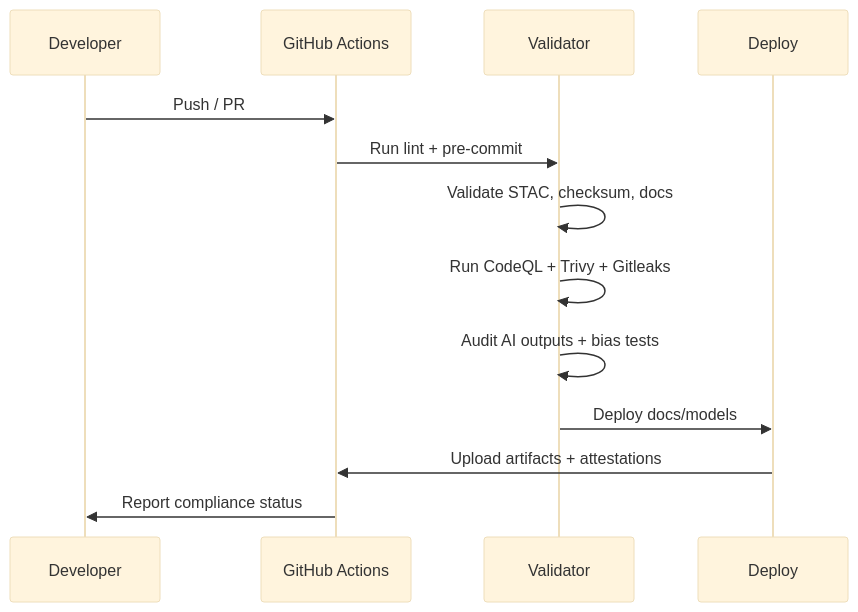
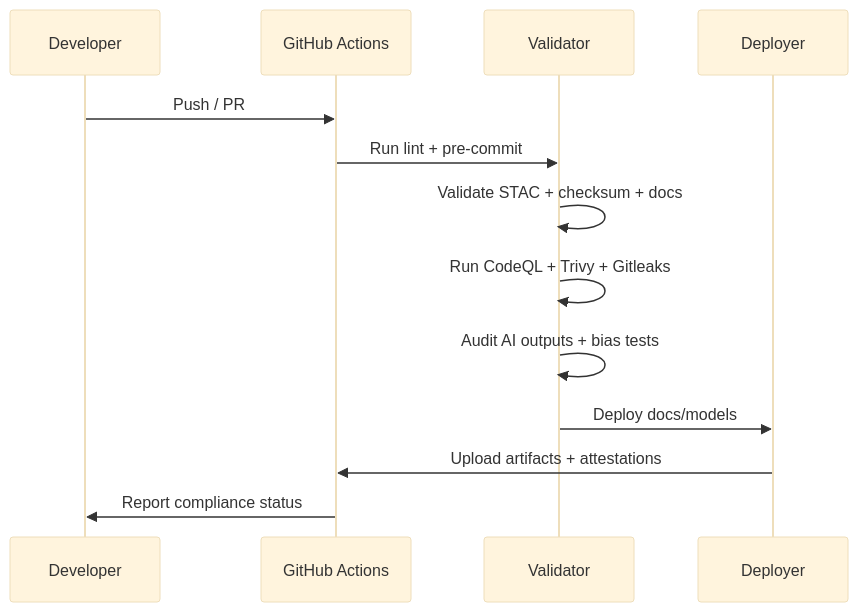
Before and after one commit to bartytime4life/Kansas-Frontier-Matrix: the second of 3 diagrams in .github/README.md, drawn with Mermaid (base theme). The commit also changed other lines of this file, not shown here.

````diff
--- a/.github/README.md
+++ b/.github/README.md
@@ -99,16 +131,15 @@
 ```mermaid
 sequenceDiagram
   participant Dev as Developer
   participant GH as GitHub Actions
   participant CI as Validator
-  participant CD as Deploy
-
+  participant CD as Deployer
   Dev->>GH: Push / PR
   GH->>CI: Run lint + pre-commit
-  CI->>CI: Validate STAC, checksum, docs
+  CI->>CI: Validate STAC + checksum + docs
   CI->>CI: Run CodeQL + Trivy + Gitleaks
   CI->>CI: Audit AI outputs + bias tests
   CI->>CD: Deploy docs/models
   CD->>GH: Upload artifacts + attestations
   GH->>Dev: Report compliance status
 ```
````
